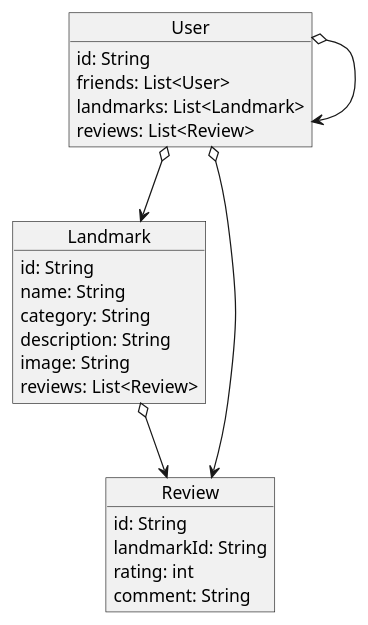
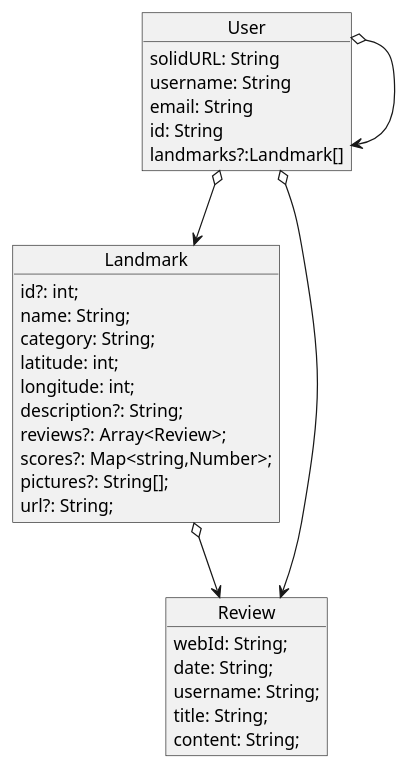
The diagram in docs/08_concepts.adoc (Arquisoft/lomap_en2b), drawn with PlantUML before and after one commit. The commit also changed other lines of this file, not shown here.

Commit message:
Change on the domain model (Section 8)

```diff
--- a/docs/08_concepts.adoc
+++ b/docs/08_concepts.adoc
@@ -9,32 +9,38 @@
 [plantuml,"ConceptsDiagram",png]
 ----
 @startuml
 object User{
+    solidURL: String
+    username: String
+    email: String
     id: String
-    friends: List<User>
-    landmarks: List<Landmark>
-    reviews: List<Review>
+    landmarks?:Landmark[]
 }
 
 object Landmark{
-    id: String
-    name: String
-    category: String
-    description: String
-    image: String
-    reviews: List<Review>
+    id?: int;
+    name: String;
+    category: String;
+    latitude: int;
+    longitude: int;
+    description?: String;
+    reviews?: Array<Review>;
+    scores?: Map<string,Number>;
+    pictures?: String[];
+    url?: String;
 }
 
 object Review{
-    id: String
-    landmarkId: String
-    rating: int
-    comment: String
+    webId: String;
+    date: String;
+    username: String;
+    title: String;
+    content: String;
 }
 
 User o--> User
 User o--> Landmark
 User o--> Review
 Landmark o--> Review
 @enduml
 ----
```
